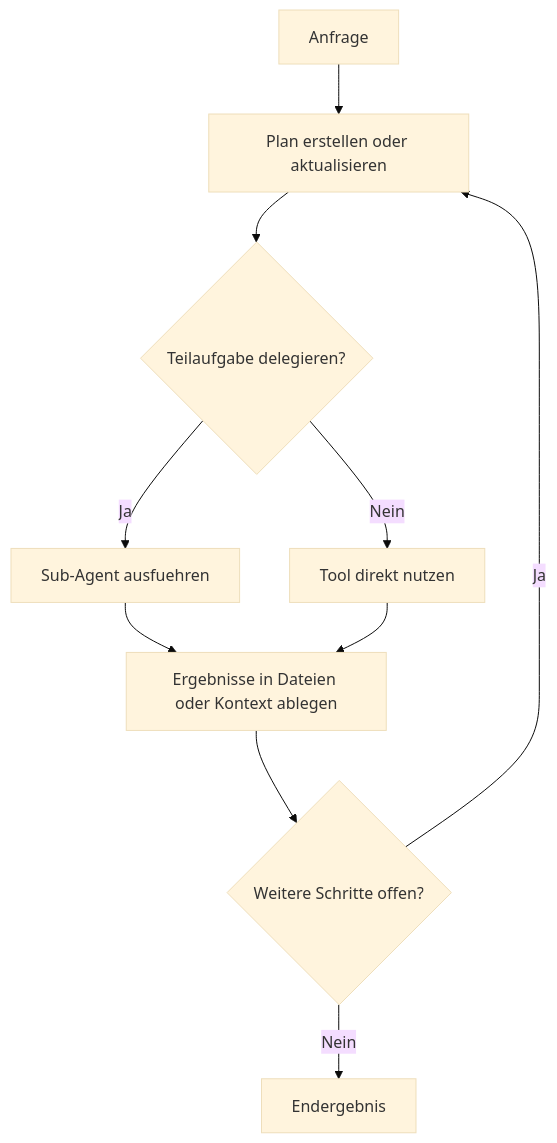
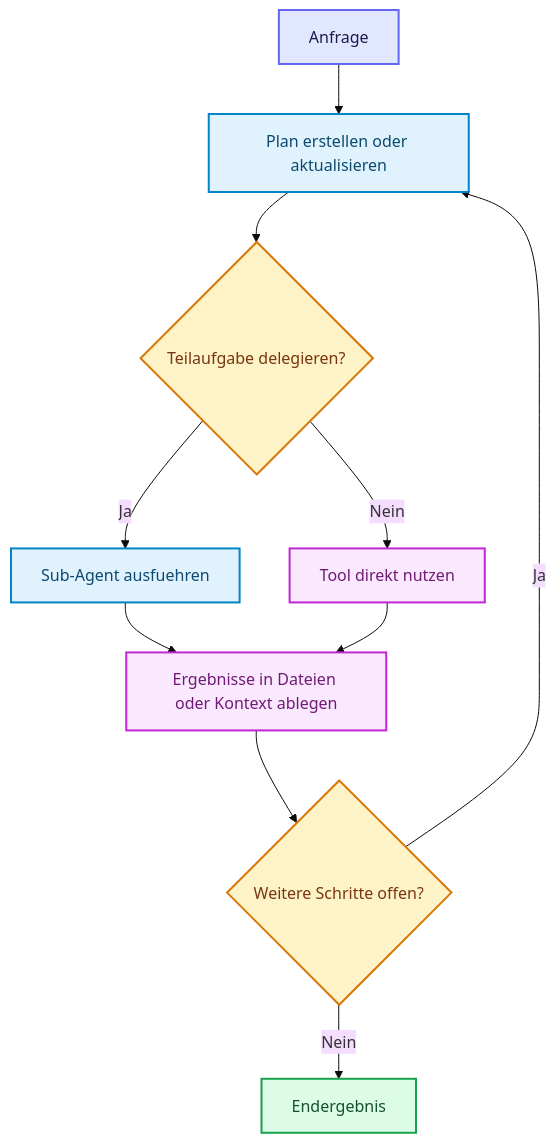
The third of 3 diagrams in docs/06-multi-agent-erweiterungen/einsteiger-deepagents.md (ralf-42/Agenten), drawn with Mermaid (base theme) before and after one commit. The commit also changed other lines of this file and 18 other files, not shown here.

````diff
--- a/docs/06-multi-agent-erweiterungen/einsteiger-deepagents.md
+++ b/docs/06-multi-agent-erweiterungen/einsteiger-deepagents.md
@@ -531,12 +551,23 @@
 ```mermaid
 flowchart TD
     U[Anfrage] --> P[Plan erstellen oder aktualisieren]
     P --> D{Teilaufgabe delegieren?}
     D -->|Ja| S[Sub-Agent ausfuehren]
     D -->|Nein| T[Tool direkt nutzen]
     S --> F[Ergebnisse in Dateien oder Kontext ablegen]
     T --> F
     F --> R{Weitere Schritte offen?}
     R -->|Ja| P
     R -->|Nein| A[Endergebnis]
+
+    classDef default fill:#e0f2fe,stroke:#0284c7,stroke-width:2px,color:#0c4a6e;
+    classDef input fill:#e0e7ff,stroke:#6366f1,stroke-width:2px,color:#1e1b4b;
+    classDef metric fill:#fef3c7,stroke:#d97706,stroke-width:2px,color:#78350f;
+    classDef output fill:#dcfce7,stroke:#16a34a,stroke-width:2px,color:#14532d;
+    classDef target fill:#fae8ff,stroke:#c026d3,stroke-width:2px,color:#701a75;
+
+    class U input;
+    class D,R metric;
+    class A output;
+    class T,F target;
 ```
````
